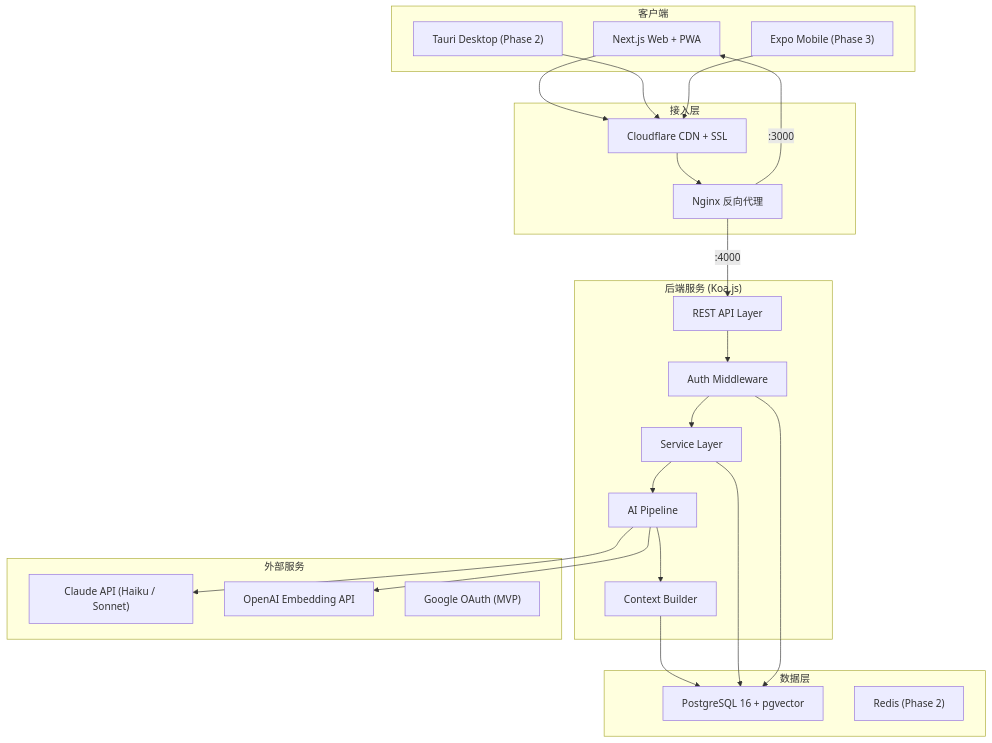
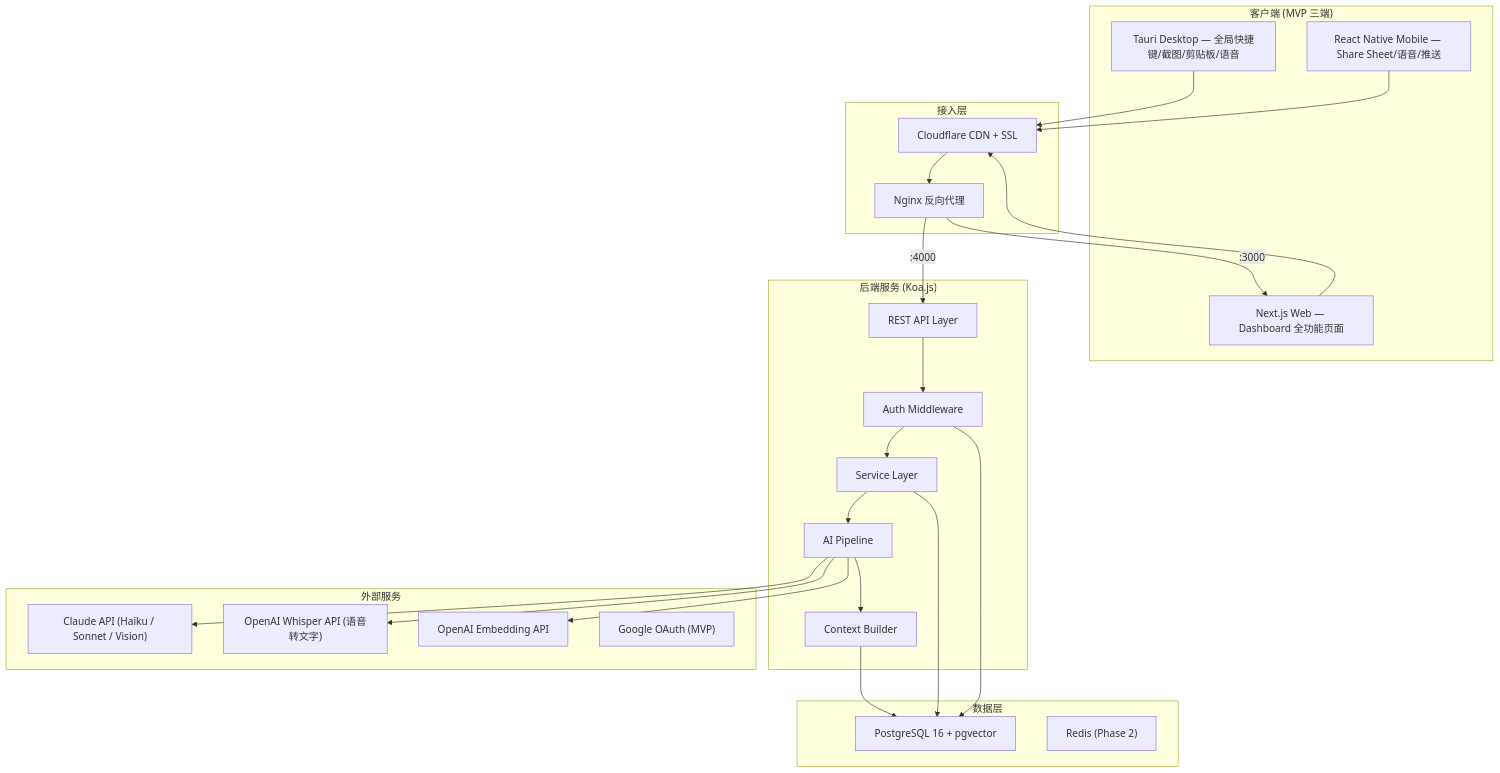
The first of 10 diagrams in docs/architecture/technical-architecture.md (DorianTian/ask-dorian), drawn with Mermaid before and after one commit. The commit also changed other lines of this file and 232 other files, not shown here.

First line of the commit message:
feat: complete MVP — server, web, mobile, core, desktop packages

````diff
--- a/docs/architecture/technical-architecture.md
+++ b/docs/architecture/technical-architecture.md
@@ -28,47 +28,49 @@
 ```mermaid
 graph TB
-    subgraph Client["客户端"]
-        WEB["Next.js Web + PWA"]
-        TAURI["Tauri Desktop (Phase 2)"]
-        RN["Expo Mobile (Phase 3)"]
+    subgraph Client["客户端 (MVP 三端)"]
+        TAURI["Tauri Desktop — 全局快捷键/截图/剪贴板/语音"]
+        WEB["Next.js Web — Dashboard 全功能页面"]
+        RN["React Native Mobile — Share Sheet/语音/推送"]
     end
 
     subgraph Gateway["接入层"]
         CF["Cloudflare CDN + SSL"]
         NGINX["Nginx 反向代理"]
     end
 
     subgraph Backend["后端服务 (Koa.js)"]
         API["REST API Layer"]
         AUTH["Auth Middleware"]
         SVC["Service Layer"]
         PIPE["AI Pipeline"]
         CTX["Context Builder"]
     end
 
     subgraph Data["数据层"]
         PG["PostgreSQL 16 + pgvector"]
         REDIS["Redis (Phase 2)"]
     end
 
     subgraph External["外部服务"]
-        CLAUDE["Claude API (Haiku / Sonnet)"]
+        CLAUDE["Claude API (Haiku / Sonnet / Vision)"]
+        WHISPER["OpenAI Whisper API (语音转文字)"]
         EMBED["OpenAI Embedding API"]
         GOOGLE["Google OAuth (MVP)"]
     end
 
     WEB --> CF
     TAURI --> CF
     RN --> CF
     CF --> NGINX
     NGINX -->|":3000"| WEB
     NGINX -->|":4000"| API
     API --> AUTH --> SVC
     SVC --> PIPE
     PIPE --> CTX
     CTX --> PG
     PIPE --> CLAUDE
+    PIPE --> WHISPER
     PIPE --> EMBED
     SVC --> PG
     AUTH --> PG
 ```
````
